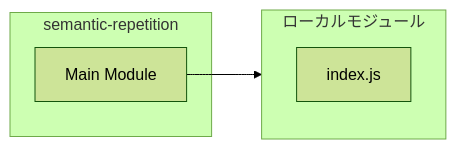
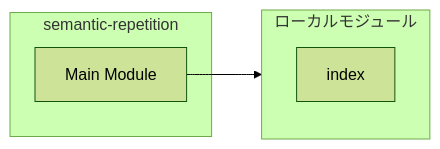
One commit to Mekann2904/mekann changed the second of 4 diagrams in ABDD/.pi/lib/semantic-repetition.md. Above: the diagram before and after it, drawn with Mermaid (forest theme). The commit also changed other lines of this file and 174 other files, not shown here.

First line of the commit message:
fix(docs): ABDDのMermaid図生成エラーを修正する

````diff
--- a/ABDD/.pi/lib/semantic-repetition.md
+++ b/ABDD/.pi/lib/semantic-repetition.md
@@ -72,10 +72,10 @@
 ```mermaid
 flowchart LR
   subgraph this[semantic-repetition]
     main[Main Module]
   end
   subgraph local[ローカルモジュール]
-    index_js["index.js"]
+    index["index"]
   end
   main --> local
 ```
````
